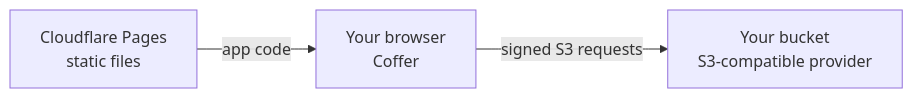
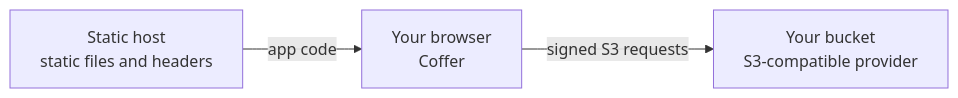
The diagram in README.md (rahmabintangpratama/coffer), drawn with Mermaid before and after one commit. The commit also changed other lines of this file and 16 other files, not shown here.

````diff
--- a/README.md
+++ b/README.md
@@ -15,5 +15,5 @@
 ```mermaid
 flowchart LR
-  CF["Cloudflare Pages<br/>static files"] -- "app code" --> B["Your browser<br/>Coffer"]
+  CF["Static host<br/>static files and headers"] -- "app code" --> B["Your browser<br/>Coffer"]
   B -- "signed S3 requests" --> S["Your bucket<br/>S3-compatible provider"]
 ```
````
